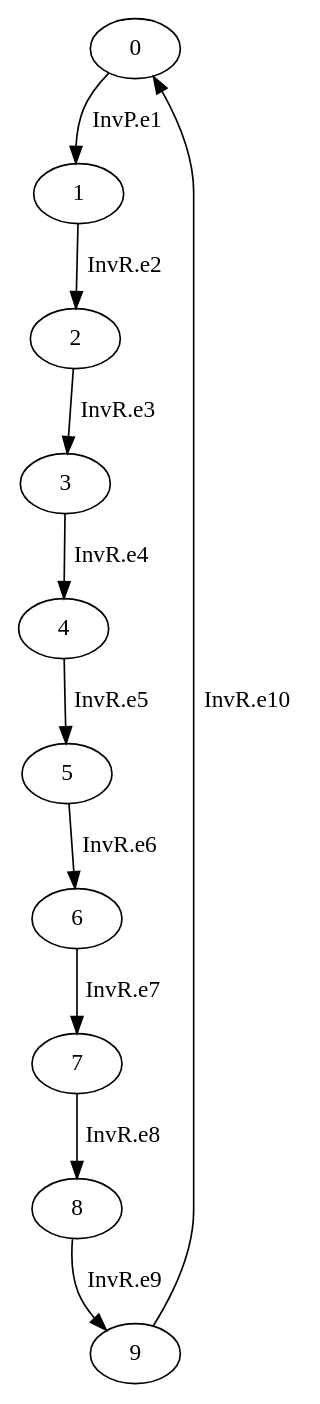
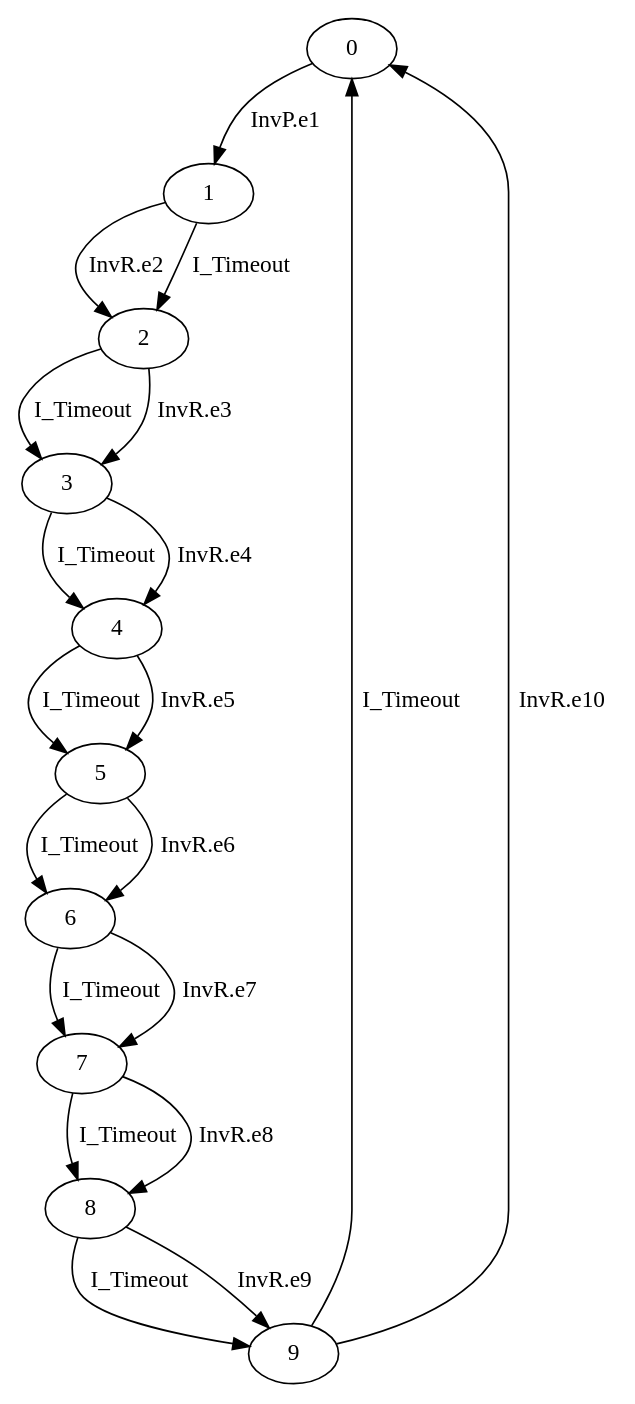
The diagram in src/gmidarch/development/repositories/dot/Oneto9.dot (gfads/midarch), drawn with Graphviz before and after one commit. The commit also changed 45 other files, not shown here.

```diff
--- a/src/gmidarch/development/repositories/dot/Oneto9.dot
+++ b/src/gmidarch/development/repositories/dot/Oneto9.dot
@@ -1,12 +1,21 @@
 digraph G {
   0 -> 1 [ label="InvP.e1" ];
   1 -> 2 [ label="InvR.e2" ];
+  1 -> 2 [ label="I_Timeout" ];
+  2 -> 3 [ label="I_Timeout" ];
   2 -> 3 [ label="InvR.e3" ];
+  3 -> 4 [ label="I_Timeout" ];
   3 -> 4 [ label="InvR.e4" ];
+  4 -> 5 [ label="I_Timeout" ];
   4 -> 5 [ label="InvR.e5" ];
+  5 -> 6 [ label="I_Timeout" ];
   5 -> 6 [ label="InvR.e6" ];
+  6 -> 7 [ label="I_Timeout" ];
   6 -> 7 [ label="InvR.e7" ];
+  7 -> 8 [ label="I_Timeout" ];
   7 -> 8 [ label="InvR.e8" ];
+  8 -> 9 [ label="I_Timeout" ];
   8 -> 9 [ label="InvR.e9" ];
+  9 -> 0 [ label="I_Timeout" ];
   9 -> 0 [ label="InvR.e10" ];
 }
```
